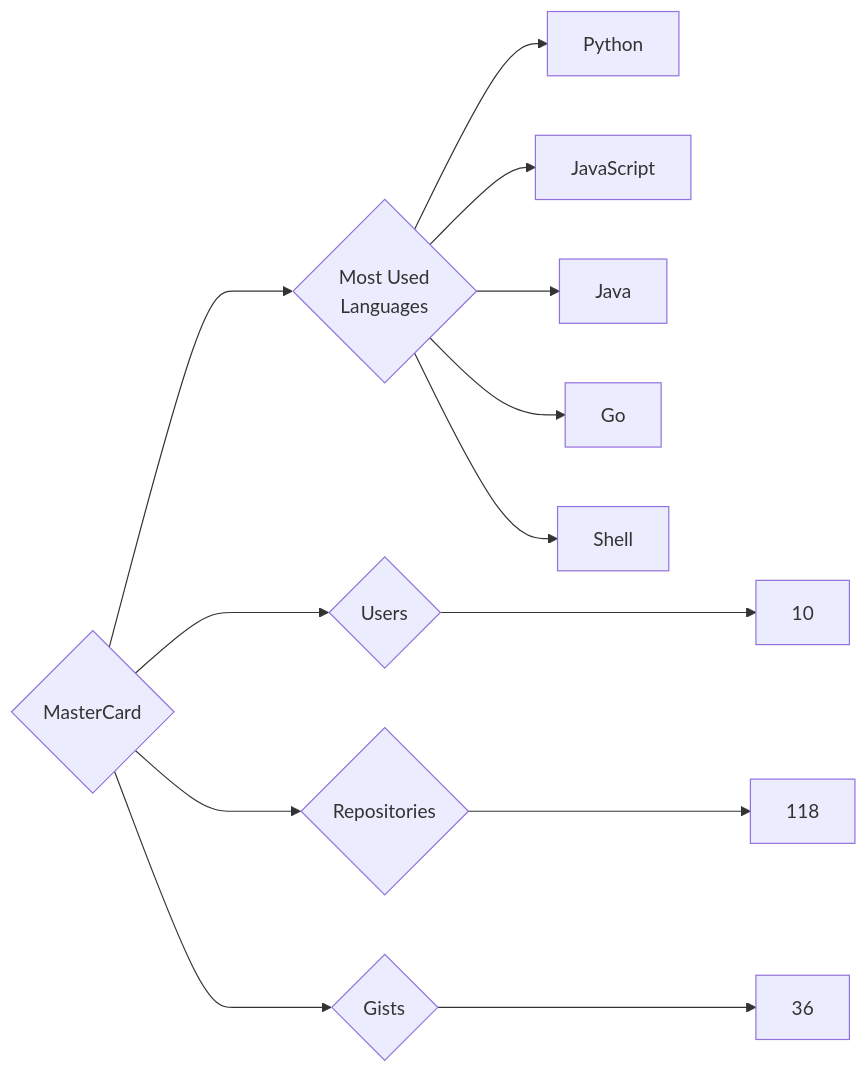
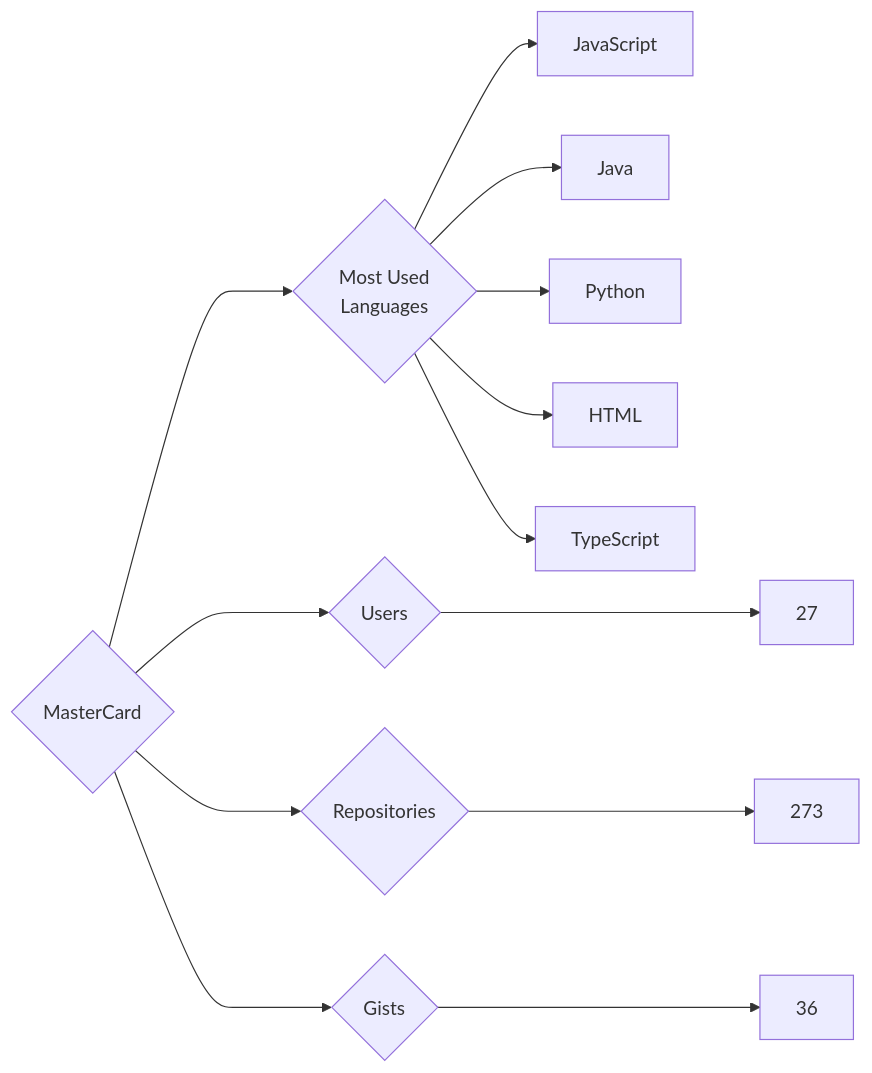
One commit to trickest/insiders changed the diagram in targets/MasterCard/README.md. Above: the diagram before and after it, drawn with Mermaid. The commit also changed 770 other files, not shown here.

````diff
--- a/targets/MasterCard/README.md
+++ b/targets/MasterCard/README.md
@@ -3,13 +3,13 @@
 ```mermaid
 graph LR
 COMPANY_NAME{MasterCard}
-COMPANY_NAME ---> U{Users} ---> UN[10]
-COMPANY_NAME ---> R{Repositories} ---> RN[118]
+COMPANY_NAME ---> U{Users} ---> UN[27]
+COMPANY_NAME ---> R{Repositories} ---> RN[273]
 COMPANY_NAME ---> G{Gists} ---> GN[36]
 COMPANY_NAME ---> ML{Most Used<br>Languages}
-ML --> Python[Python]
 ML --> JavaScript[JavaScript]
 ML --> Java[Java]
-ML --> Go[Go]
-ML --> Shell[Shell]
+ML --> Python[Python]
+ML --> HTML[HTML]
+ML --> TypeScript[TypeScript]
 ```
````
